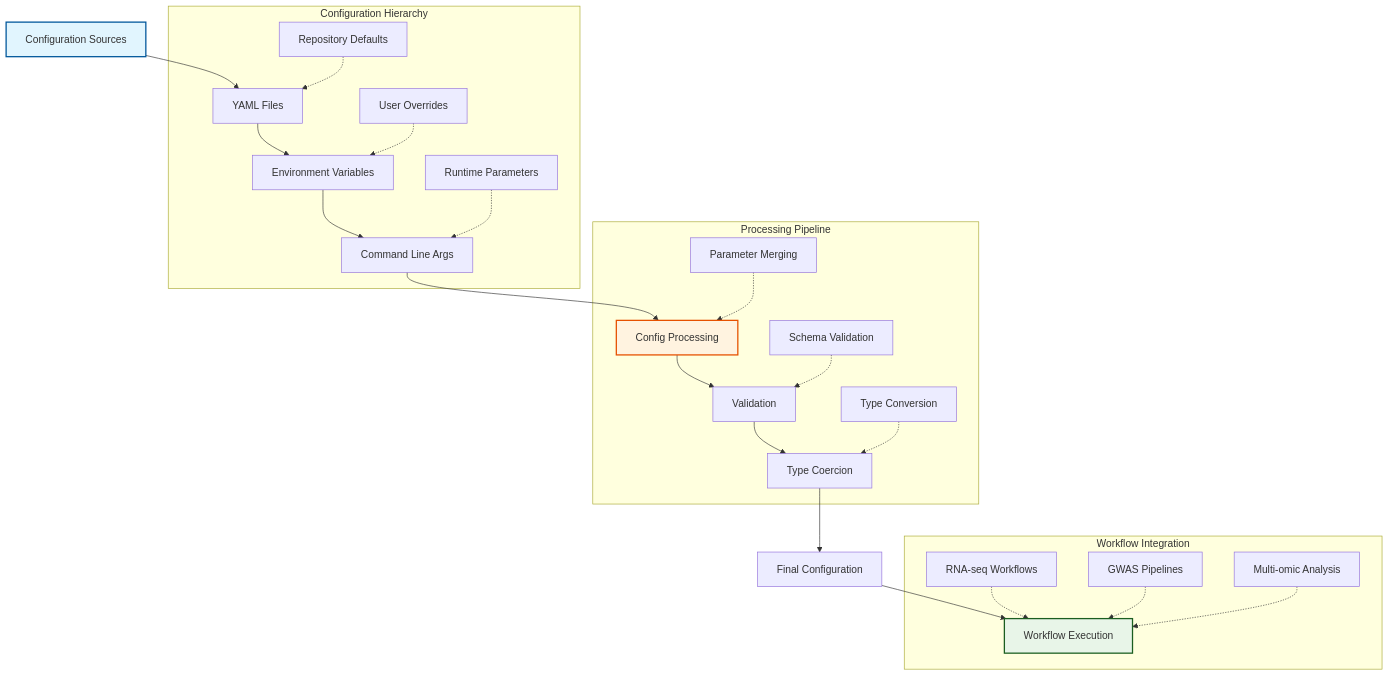
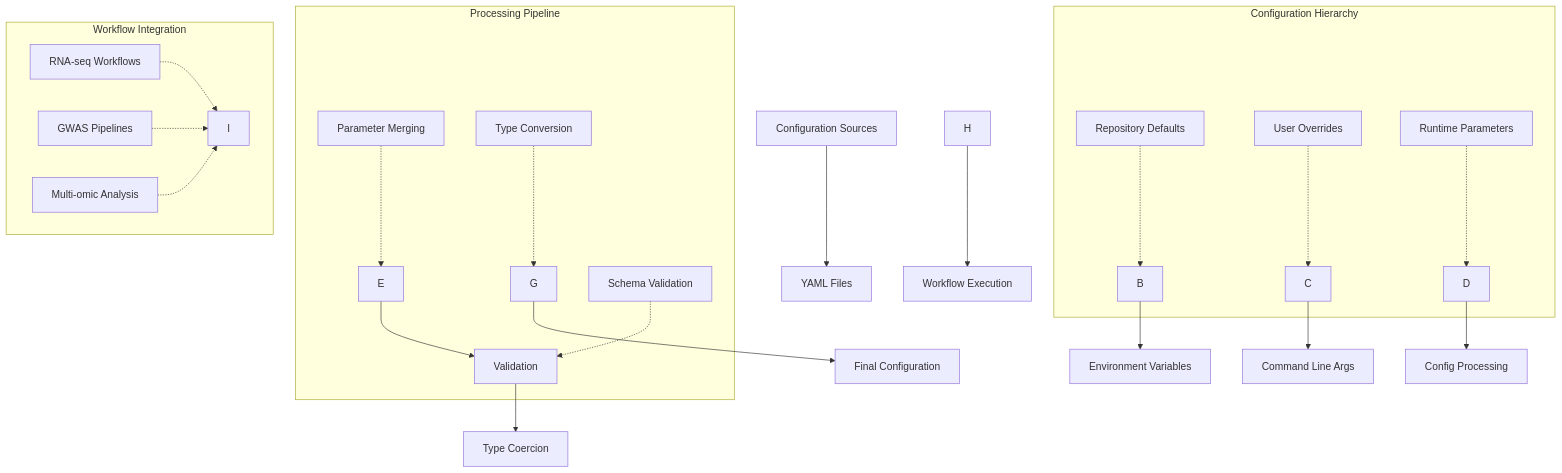
Before and after one commit to docxology/MetaInformAnt: the first of 3 diagrams in config/README.md, drawn with Mermaid. The commit also changed other lines of this file and 611 other files, not shown here.

````diff
--- a/config/README.md
+++ b/config/README.md
@@ -7,35 +7,32 @@
 ```mermaid
 graph TD
-    A[Configuration Sources] --> B[YAML Files]
-    B --> C[Environment Variables]
-    C --> D[Command Line Args]
+    AconfigurationSources[Configuration Sources] --> ByamlFiles[YAML Files]
+    B --> CenvironmentVariables[Environment Variables]
+    C --> DcommandLineArgs[Command Line Args]
 
-    D --> E[Config Processing]
+    D --> EconfigProcessing[Config Processing]
     E --> F[Validation]
-    F --> G[Type Coercion]
+    F --> GtypeCoercion[Type Coercion]
 
-    G --> H[Final Configuration]
-    H --> I[Workflow Execution]
+    G --> HfinalConfiguration[Final Configuration]
+    H --> IworkflowExecution[Workflow Execution]
 
-    style A fill:#e1f5fe,stroke:#01579b,stroke-width:2px
-    style E fill:#fff3e0,stroke:#e65100,stroke-width:2px
-    style I fill:#e8f5e8,stroke:#1b5e20,stroke-width:2px
 
     subgraph "Configuration Hierarchy"
-        J[Repository Defaults] -.-> B
-        K[User Overrides] -.-> C
-        L[Runtime Parameters] -.-> D
+        JrepositoryDefaults[Repository Defaults] -.-> B
+        KuserOverrides[User Overrides] -.-> C
+        LruntimeParameters[Runtime Parameters] -.-> D
     end
 
     subgraph "Processing Pipeline"
-        M[Schema Validation] -.-> F
-        N[Parameter Merging] -.-> E
-        O[Type Conversion] -.-> G
+        MschemaValidation[Schema Validation] -.-> F
+        NparameterMerging[Parameter Merging] -.-> E
+        OtypeConversion[Type Conversion] -.-> G
     end
 
     subgraph "Workflow Integration"
-        P[RNA-seq Workflows] -.-> I
-        Q[GWAS Pipelines] -.-> I
-        R[Multi-omic Analysis] -.-> I
+        Prna-seqWorkflows[RNA-seq Workflows] -.-> I
+        QgwasPipelines[GWAS Pipelines] -.-> I
+        Rmulti-omicAnalysis[Multi-omic Analysis] -.-> I
     end
 ```
````
